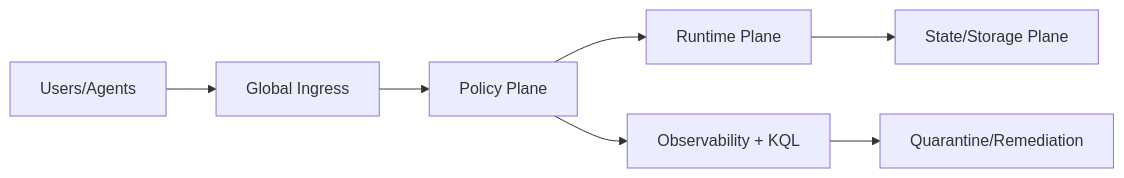
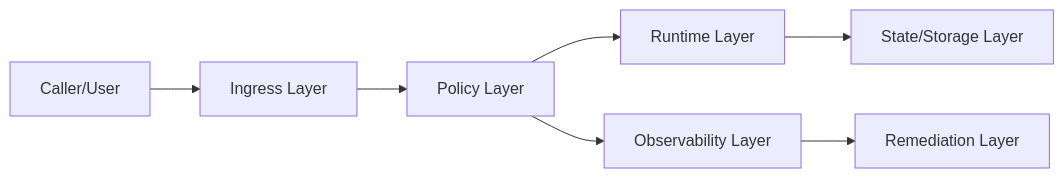
Before and after one commit to turbo998/ai-infra-lab: the first of 2 diagrams in docs/azure-agent-infra/acs-aoai-realtime-webrtc-voice-agent-turn-bargein-faq-r1101.en.md, drawn with Mermaid. The commit also changed other lines of this file and 7 other files, not shown here.

````diff
--- a/docs/azure-agent-infra/acs-aoai-realtime-webrtc-voice-agent-turn-bargein-faq-r1101.en.md
+++ b/docs/azure-agent-infra/acs-aoai-realtime-webrtc-voice-agent-turn-bargein-faq-r1101.en.md
@@ -134,9 +126,9 @@
 ```mermaid
 flowchart LR
-  U[Users/Agents] --> G[Global Ingress]
-  G --> P[Policy Plane]
-  P --> R[Runtime Plane]
-  R --> S[State/Storage Plane]
-  P --> O[Observability + KQL]
-  O --> Q[Quarantine/Remediation]
+  Client[Caller/User] --> Ingress[Ingress Layer]
+  Ingress --> Policy[Policy Layer]
+  Policy --> Runtime[Runtime Layer]
+  Runtime --> State[State/Storage Layer]
+  Policy --> Observe[Observability Layer]
+  Observe --> Remediate[Remediation Layer]
 ```
````
